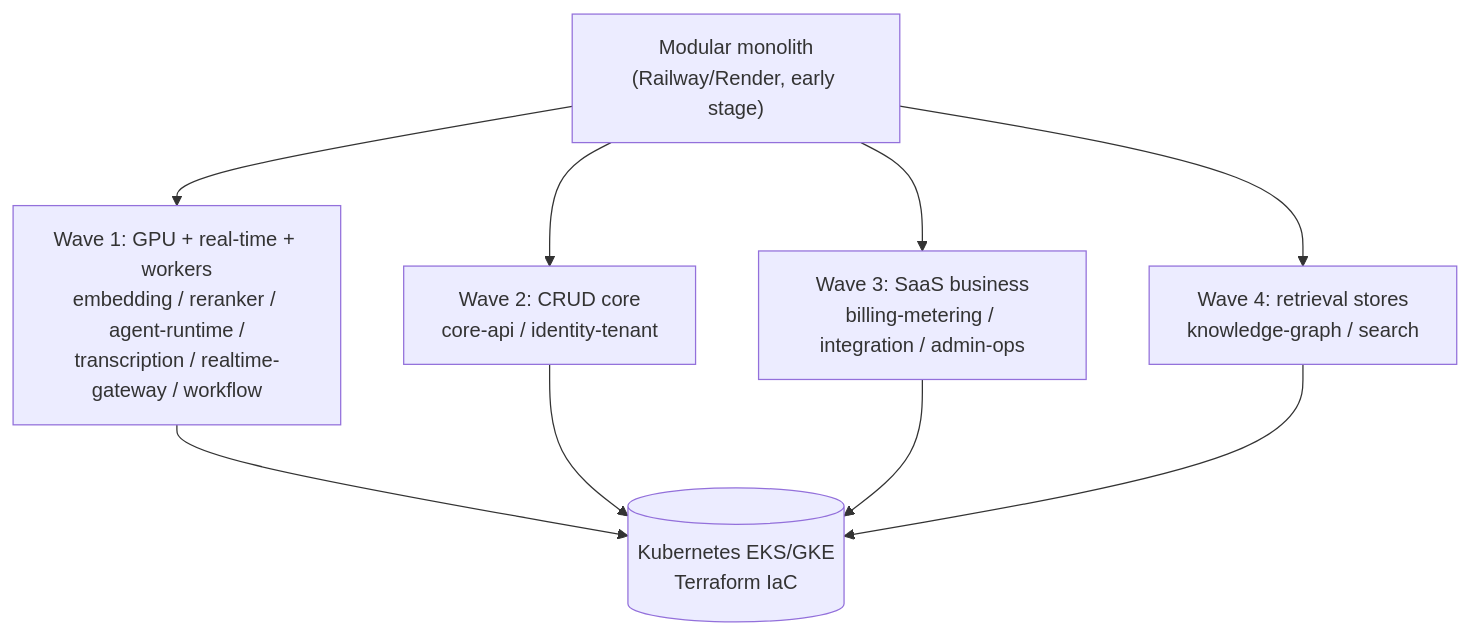
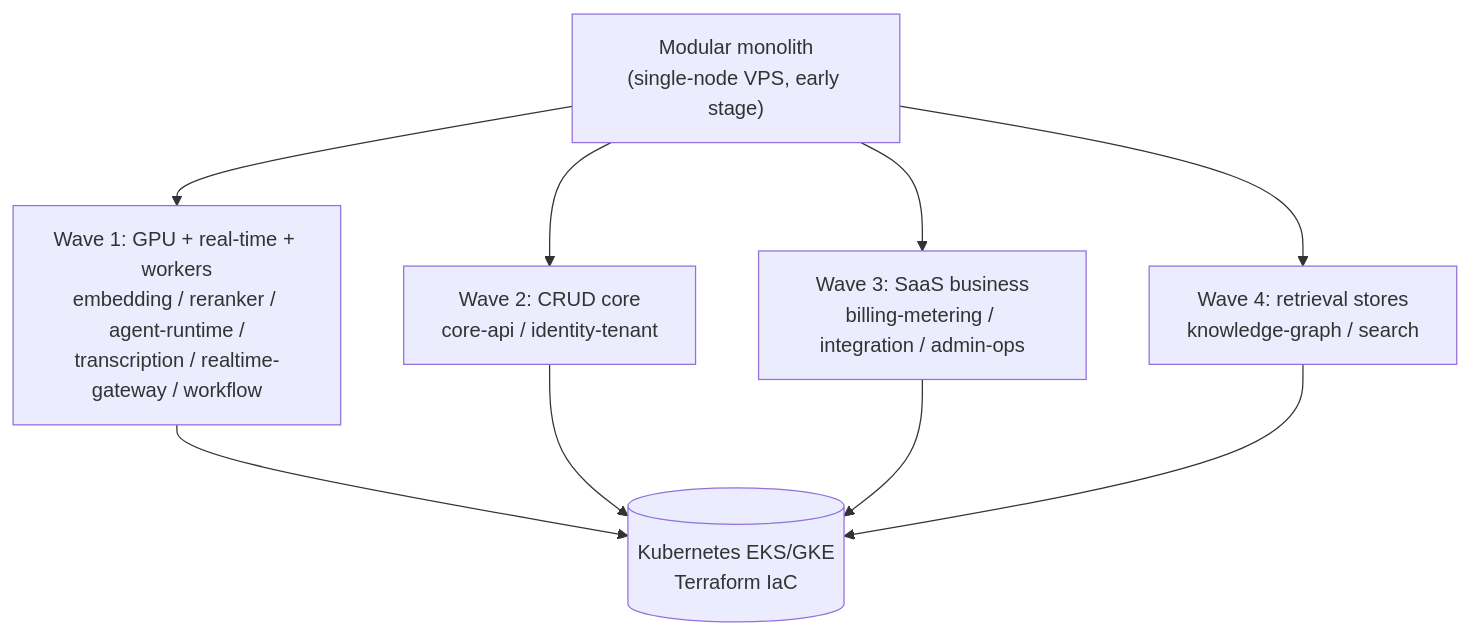
Before and after one commit to Mytheus-AI/mytheus-docs: the fourth of 4 diagrams in _canon/01-service-catalog.md, drawn with Mermaid. The commit also changed other lines of this file and 14 other files, not shown here.

First line of the commit message:
docs: sweep the struck Railway/Render substrate, and fix two fictional repo maps

````diff
--- a/_canon/01-service-catalog.md
+++ b/_canon/01-service-catalog.md
@@ -227,9 +227,9 @@
 ```mermaid
 flowchart TB
-  M["Modular monolith<br/>(Railway/Render, early stage)"]
+  M["Modular monolith<br/>(single-node VPS, early stage)"]
   M --> S1["Wave 1: GPU + real-time + workers<br/>embedding / reranker / agent-runtime /<br/>transcription / realtime-gateway / workflow"]
   M --> S2["Wave 2: CRUD core<br/>core-api / identity-tenant"]
   M --> S3["Wave 3: SaaS business<br/>billing-metering / integration / admin-ops"]
   M --> S4["Wave 4: retrieval stores<br/>knowledge-graph / search"]
   S1 & S2 & S3 & S4 --> K[("Kubernetes EKS/GKE<br/>Terraform IaC")]
 ```
````
